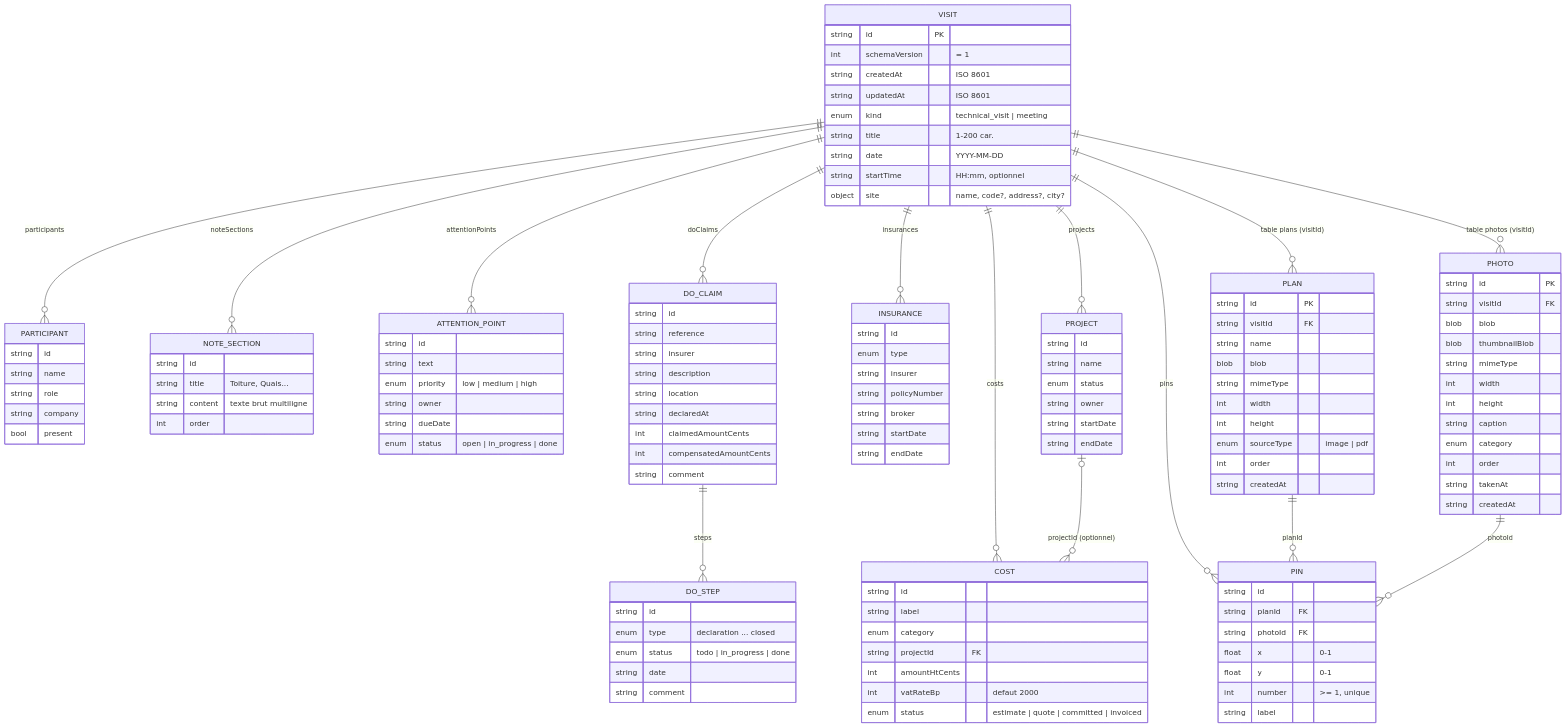
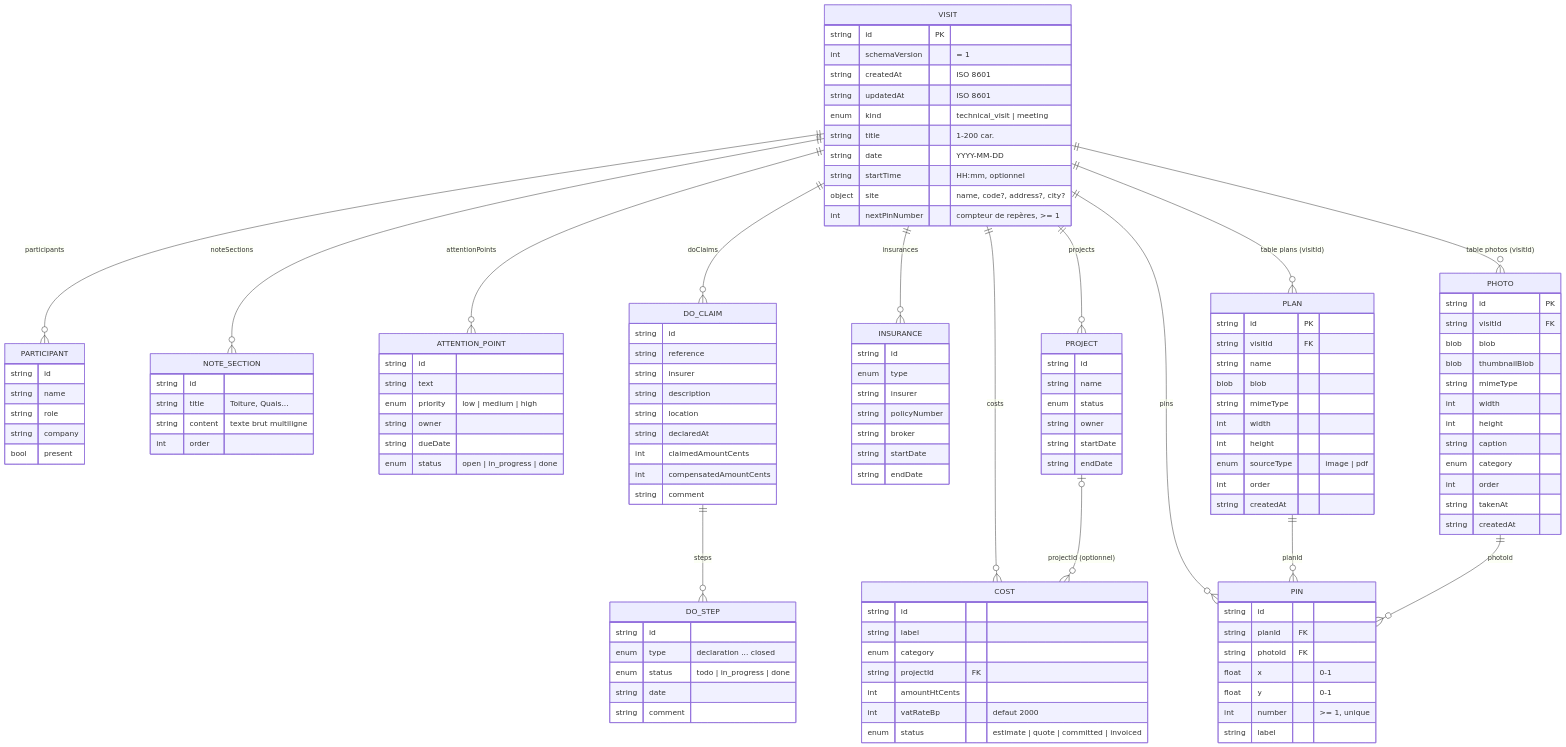
Before and after one commit to leandreparis-debug/visite-de-site-temporaire-: the diagram in docs/DATA_MODEL.md, drawn with Mermaid. The commit also changed other lines of this file and 59 other files, not shown here.

```diff
--- a/docs/DATA_MODEL.md
+++ b/docs/DATA_MODEL.md
@@ -40,6 +40,7 @@
         string date "YYYY-MM-DD"
         string startTime "HH:mm, optionnel"
         object site "name, code?, address?, city?"
+        int nextPinNumber "compteur de repères, >= 1"
     }
     PARTICIPANT {
         string id
```
